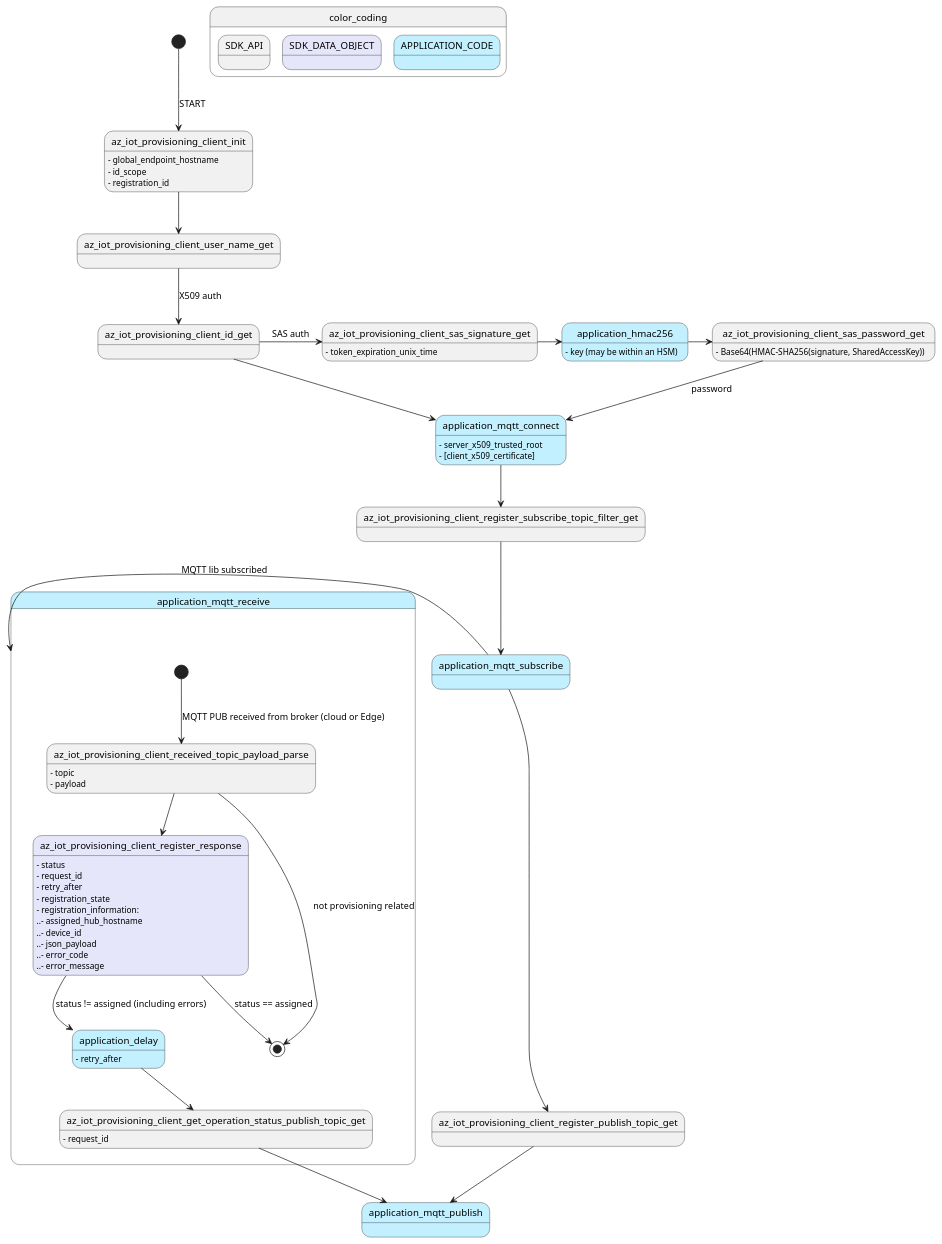
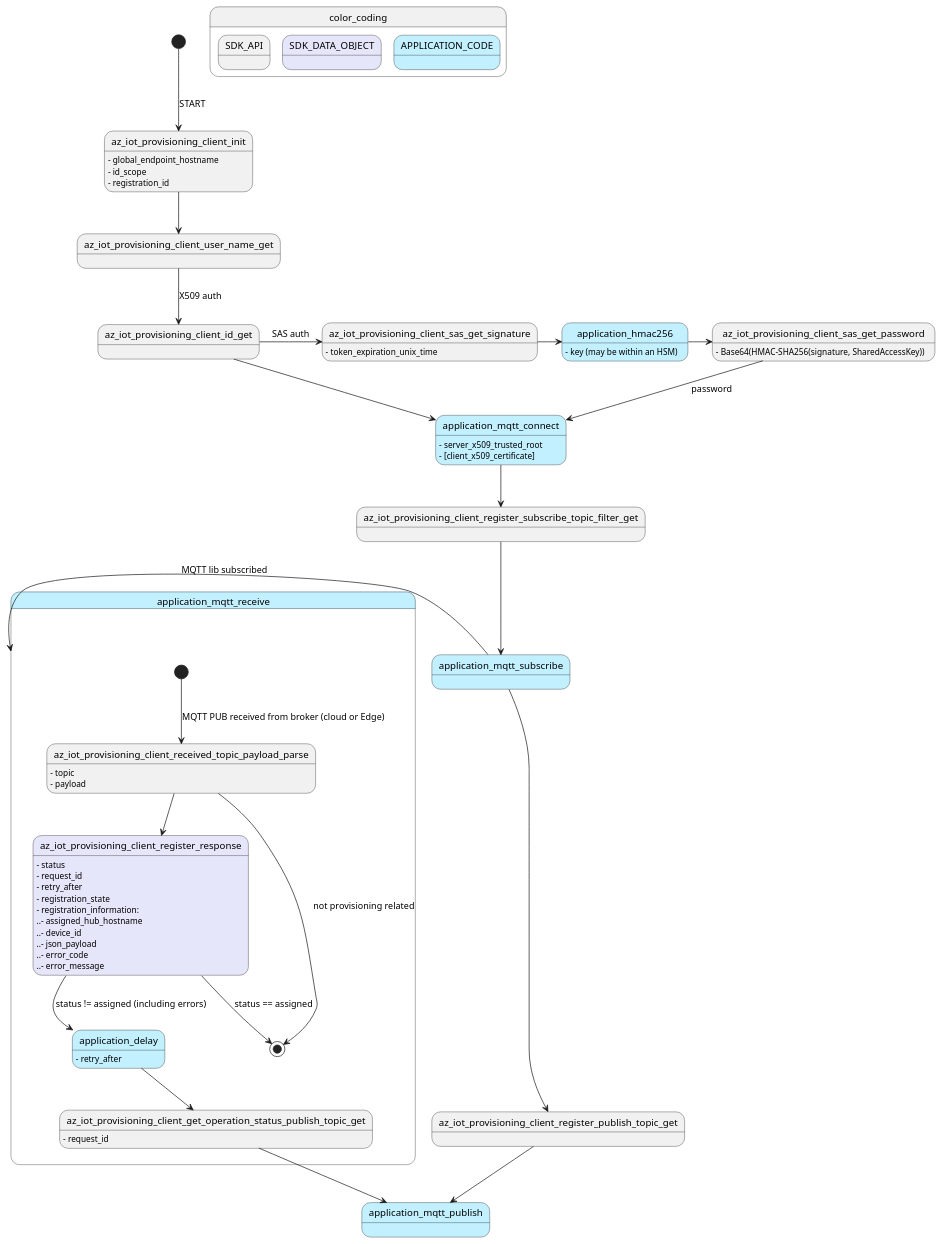
One commit to Azure/azure-sdk-for-c changed the diagram in sdk/iot/doc/resources/iot_provisioning_flow.puml. Above: the diagram before and after it, drawn with PlantUML. The commit also changed 10 other files, not shown here.

Commit message:
[IoT] Refactor sas functions in provisioning client API

```diff
--- a/sdk/iot/doc/resources/iot_provisioning_flow.puml
+++ b/sdk/iot/doc/resources/iot_provisioning_flow.puml
@@ -1,85 +1,85 @@
 @startuml
 
 skinparam state {
     BackgroundColor<<APP>> APPLICATION
     BackgroundColor<<STRUCT>> Lavender
 }
 
 state color_coding {
     state SDK_API
     state SDK_DATA_OBJECT <<STRUCT>>
     state APPLICATION_CODE <<APP>>
 }
 
 ' Init
 [*] --> az_iot_provisioning_client_init: START
 az_iot_provisioning_client_init --> az_iot_provisioning_client_user_name_get
 az_iot_provisioning_client_user_name_get --> az_iot_provisioning_client_id_get : X509 auth
 state application_mqtt_connect <<APP>>
 az_iot_provisioning_client_id_get --> application_mqtt_connect
 
 ' Optional SAS token generation:
-az_iot_provisioning_client_id_get -> az_iot_provisioning_client_sas_signature_get : SAS auth
-az_iot_provisioning_client_sas_signature_get -> application_hmac256
-application_hmac256 -> az_iot_provisioning_client_sas_password_get
-az_iot_provisioning_client_sas_password_get --> application_mqtt_connect : password
+az_iot_provisioning_client_id_get -> az_iot_provisioning_client_sas_get_signature : SAS auth
+az_iot_provisioning_client_sas_get_signature -> application_hmac256
+application_hmac256 -> az_iot_provisioning_client_sas_get_password
+az_iot_provisioning_client_sas_get_password --> application_mqtt_connect : password
 state application_hmac256 <<APP>>
 
 ' Subscribe
 application_mqtt_connect --> az_iot_provisioning_client_register_subscribe_topic_filter_get
 az_iot_provisioning_client_register_subscribe_topic_filter_get --> application_mqtt_subscribe
 state application_mqtt_subscribe <<APP>>
 application_mqtt_subscribe -> application_mqtt_receive : MQTT lib subscribed
 
 ' Register
 application_mqtt_subscribe --> az_iot_provisioning_client_register_publish_topic_get
 az_iot_provisioning_client_register_publish_topic_get --> application_mqtt_publish
 state application_mqtt_publish <<APP>>
 
 state application_mqtt_receive <<APP>> { 
 ' MQTT PUB received
     [*] --> az_iot_provisioning_client_received_topic_payload_parse: MQTT PUB received from broker (cloud or Edge)
     az_iot_provisioning_client_received_topic_payload_parse --> az_iot_provisioning_client_register_response
     az_iot_provisioning_client_received_topic_payload_parse --> [*] : not provisioning related
 
     az_iot_provisioning_client_register_response --> [*] : status == assigned
     az_iot_provisioning_client_register_response --> application_delay : status != assigned (including errors)
     state application_delay <<APP>>
     application_delay --> az_iot_provisioning_client_get_operation_status_publish_topic_get
     az_iot_provisioning_client_get_operation_status_publish_topic_get --> application_mqtt_publish
 }
 
 ' Provisioning client:
 az_iot_provisioning_client_init : - global_endpoint_hostname
 az_iot_provisioning_client_init : - id_scope
 az_iot_provisioning_client_init : - registration_id
 
 ' SAS Tokens
-az_iot_provisioning_client_sas_signature_get : - token_expiration_unix_time
+az_iot_provisioning_client_sas_get_signature : - token_expiration_unix_time
 
 az_iot_provisioning_client_received_topic_payload_parse : - topic
 az_iot_provisioning_client_received_topic_payload_parse : - payload
 
 state az_iot_provisioning_client_register_response <<STRUCT>>
 az_iot_provisioning_client_register_response : - status
 az_iot_provisioning_client_register_response : - request_id
 az_iot_provisioning_client_register_response : - retry_after
 az_iot_provisioning_client_register_response : - registration_state
 az_iot_provisioning_client_register_response : - registration_information:
 az_iot_provisioning_client_register_response : ..- assigned_hub_hostname
 az_iot_provisioning_client_register_response : ..- device_id
 az_iot_provisioning_client_register_response : ..- json_payload
 az_iot_provisioning_client_register_response : ..- error_code
 az_iot_provisioning_client_register_response : ..- error_message
 
-az_iot_provisioning_client_sas_password_get: - Base64(HMAC-SHA256(signature, SharedAccessKey))
+az_iot_provisioning_client_sas_get_password: - Base64(HMAC-SHA256(signature, SharedAccessKey))
 
 az_iot_provisioning_client_get_operation_status_publish_topic_get : - request_id
 
 ' Application interfaces
 application_mqtt_connect : - server_x509_trusted_root
 application_mqtt_connect : - [client_x509_certificate]
 application_delay : - retry_after
 application_hmac256 : - key (may be within an HSM)
 
 @enduml
```
